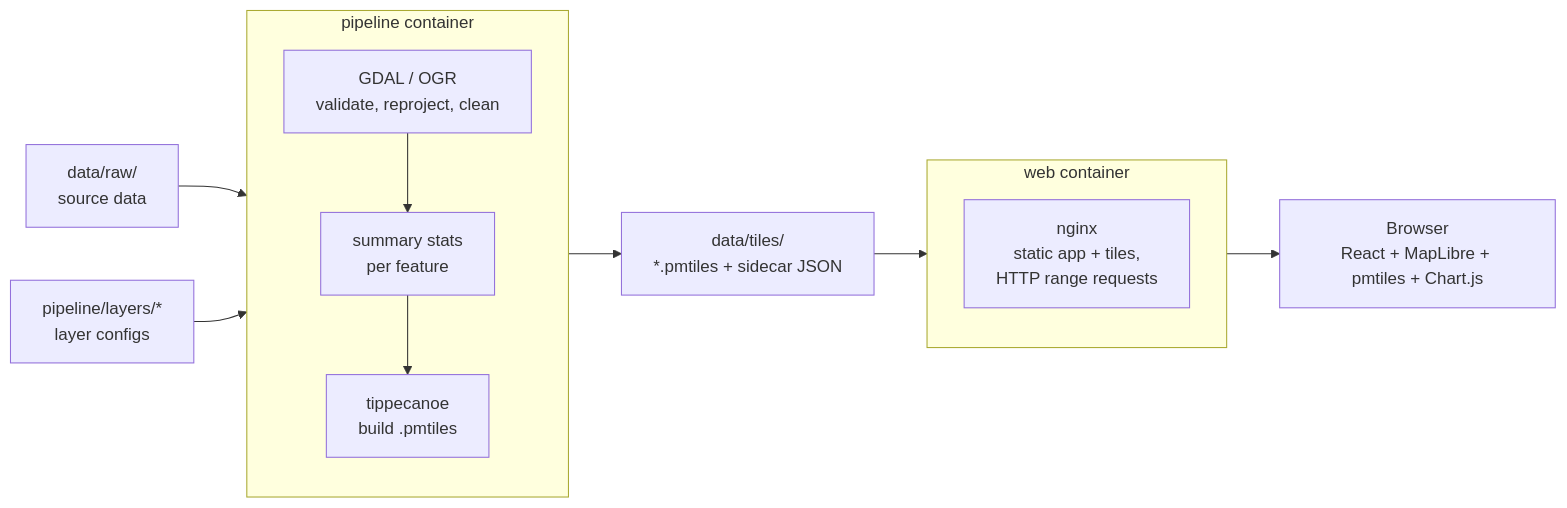
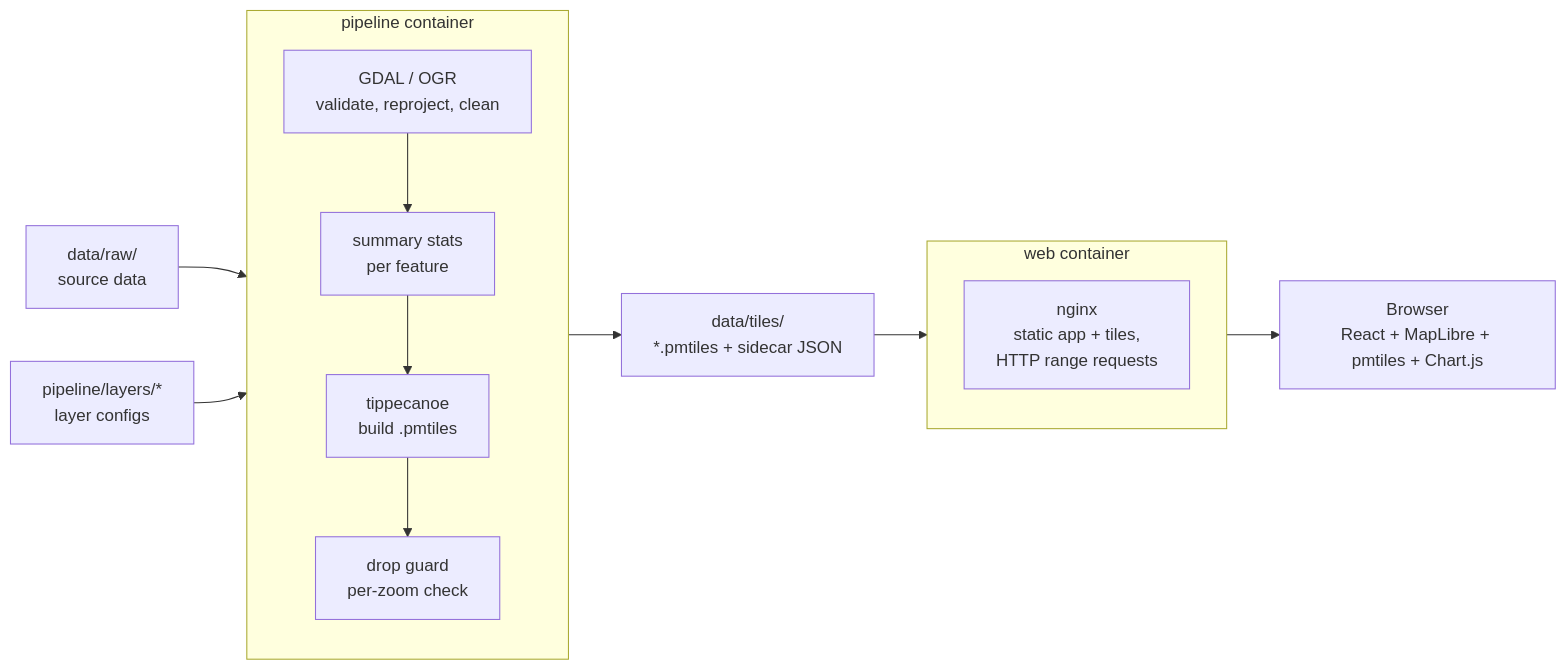
Before and after one commit to NCC-CNC/erap-map-poc: the diagram in docs/design/01_architecture.md, drawn with Mermaid. The commit also changed other lines of this file and 13 other files, not shown here.

First line of the commit message:
feat(pipeline): coverage-safe tippecanoe profile, drop guard and shapefile input options (#40)

````diff
--- a/docs/design/01_architecture.md
+++ b/docs/design/01_architecture.md
@@ -5,16 +5,17 @@
 ```mermaid
 flowchart LR
   raw[data/raw/<br>source data] --> pipeline
   cfg[pipeline/layers/*<br>layer configs] --> pipeline
   subgraph pipeline [pipeline container]
     direction TB
     ogr[GDAL / OGR<br>validate, reproject, clean] --> stats[summary stats<br>per feature]
     stats --> tip[tippecanoe<br>build .pmtiles]
+    tip --> guard[drop guard<br>per-zoom check]
   end
   pipeline --> tiles[data/tiles/<br>*.pmtiles + sidecar JSON]
   tiles --> web
   subgraph web [web container]
     nginx[nginx<br>static app + tiles,<br>HTTP range requests]
   end
   web --> browser[Browser<br>React + MapLibre + pmtiles + Chart.js]
 ```
````
